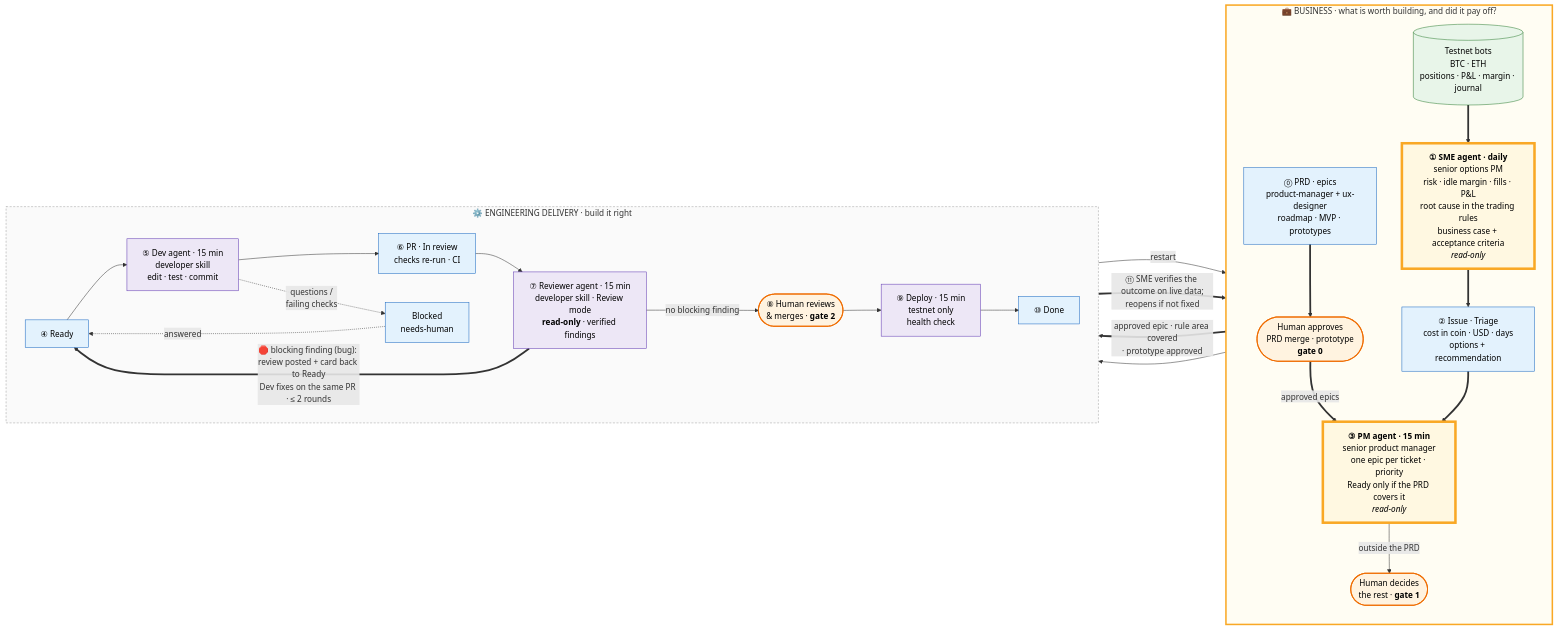
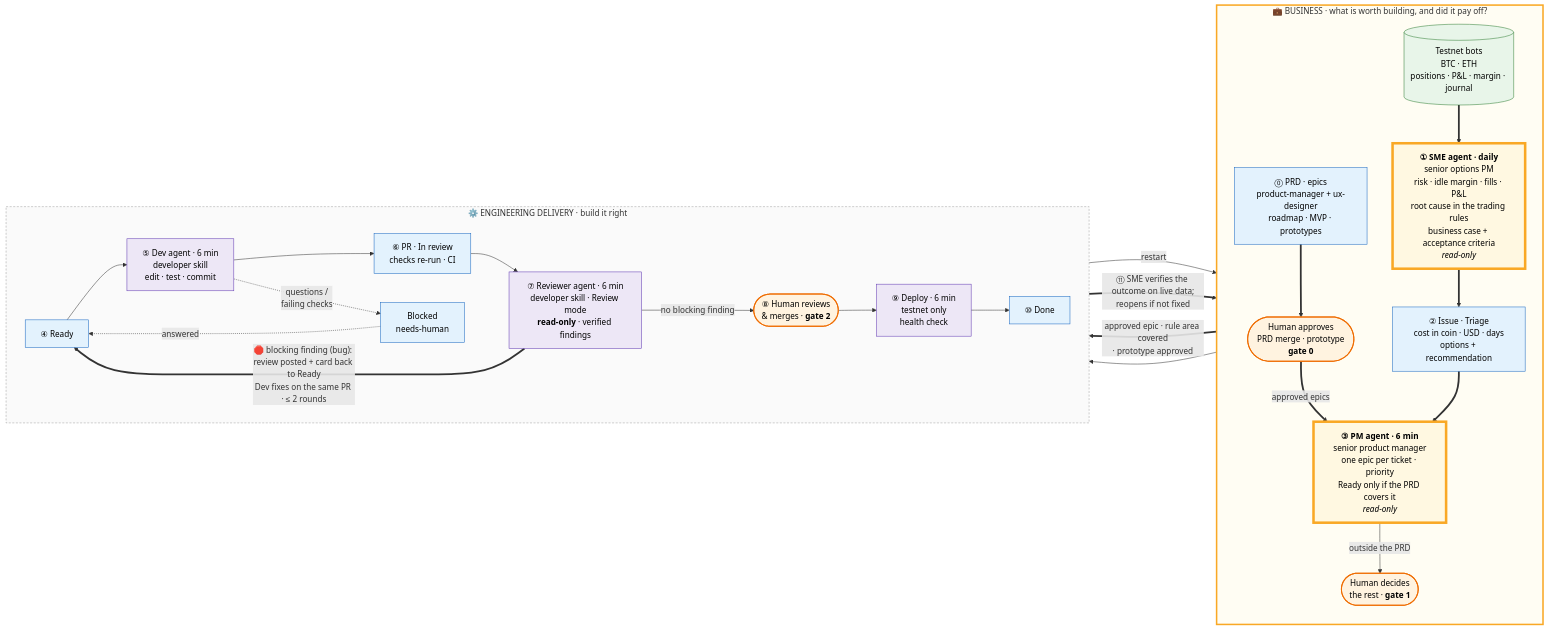
One commit to rchau73/optionsBot changed the diagram in docs/agentic_workflow.mmd. Above: the diagram before and after it, drawn with Mermaid. The commit also changed 1 other file, not shown here.

Commit message:
Agentic workflow diagram: agents and deploy run every 6 min, not 15 (#563)

```diff
--- a/docs/agentic_workflow.mmd
+++ b/docs/agentic_workflow.mmd
@@ -1,45 +1,45 @@
 flowchart LR
     subgraph BIZ["💼 BUSINESS · what is worth building, and did it pay off?"]
         direction TB
         BOTS[("Testnet bots<br/>BTC · ETH<br/>positions · P&L · margin · journal")]
         SME["<b>① SME agent · daily</b><br/>senior options PM<br/>risk · idle margin · fills · P&L<br/>root cause in the trading rules<br/>business case + acceptance criteria<br/><i>read-only</i>"]
         TRI["② Issue · Triage<br/>cost in coin · USD · days<br/>options + recommendation"]
         PRD["⓪ PRD · epics<br/>product-manager + ux-designer<br/>roadmap · MVP · prototypes"]
         H0(["Human approves<br/>PRD merge · prototype<br/><b>gate 0</b>"])
-        PM["<b>③ PM agent · 15 min</b><br/>senior product manager<br/>one epic per ticket · priority<br/>Ready only if the PRD covers it<br/><i>read-only</i>"]
+        PM["<b>③ PM agent · 6 min</b><br/>senior product manager<br/>one epic per ticket · priority<br/>Ready only if the PRD covers it<br/><i>read-only</i>"]
         H1(["Human decides<br/>the rest · <b>gate 1</b>"])
     end
 
     subgraph ENG["⚙️ ENGINEERING DELIVERY · build it right"]
         direction LR
         READY["④ Ready"]
-        DEV["⑤ Dev agent · 15 min<br/>developer skill<br/>edit · test · commit"]
+        DEV["⑤ Dev agent · 6 min<br/>developer skill<br/>edit · test · commit"]
         PR["⑥ PR · In review<br/>checks re-run · CI"]
-        REV["⑦ Reviewer agent · 15 min<br/>developer skill · Review mode<br/><b>read-only</b> · verified findings"]
+        REV["⑦ Reviewer agent · 6 min<br/>developer skill · Review mode<br/><b>read-only</b> · verified findings"]
         H2(["⑧ Human reviews<br/>& merges · <b>gate 2</b>"])
-        DEP["⑨ Deploy · 15 min<br/>testnet only<br/>health check"]
+        DEP["⑨ Deploy · 6 min<br/>testnet only<br/>health check"]
         DONE["⑩ Done"]
         BLK["Blocked<br/>needs-human"]
     end
 
     PRD ==> H0 ==>|approved epics| PM
     BOTS ==> SME ==> TRI ==> PM ==>|"approved epic · rule area covered<br/>· prototype approved"| READY
     PM -->|outside the PRD| H1 --> READY
     READY --> DEV --> PR --> REV -->|no blocking finding| H2 --> DEP --> DONE
     REV ==>|"🛑 blocking finding (bug): review posted + card back to Ready<br/>Dev fixes on the same PR · ≤ 2 rounds"| READY
     DEP -->|restart| BOTS
     DEV -.->|questions /<br/>failing checks| BLK -.->|answered| READY
     DONE ==>|"⑪ SME verifies the outcome on live data;<br/>reopens if not fixed"| SME
 
     classDef sme fill:#fff8e1,stroke:#f9a825,color:#000,stroke-width:5px
     classDef agent fill:#ede7f6,stroke:#5e35b1,color:#000
     classDef human fill:#fff3e0,stroke:#ef6c00,color:#000,stroke-width:2px
     classDef gh fill:#e3f2fd,stroke:#1565c0,color:#000
     classDef run fill:#e8f5e9,stroke:#2e7d32,color:#000
     class SME,PM sme
     class DEV,REV,DEP agent
     class H0,H1,H2 human
     class PRD,TRI,READY,PR,DONE,BLK gh
     class BOTS run
     style BIZ fill:#fffdf3,stroke:#f9a825,stroke-width:3px
     style ENG fill:#fafafa,stroke:#9e9e9e,stroke-width:1px,stroke-dasharray:4 3
```
